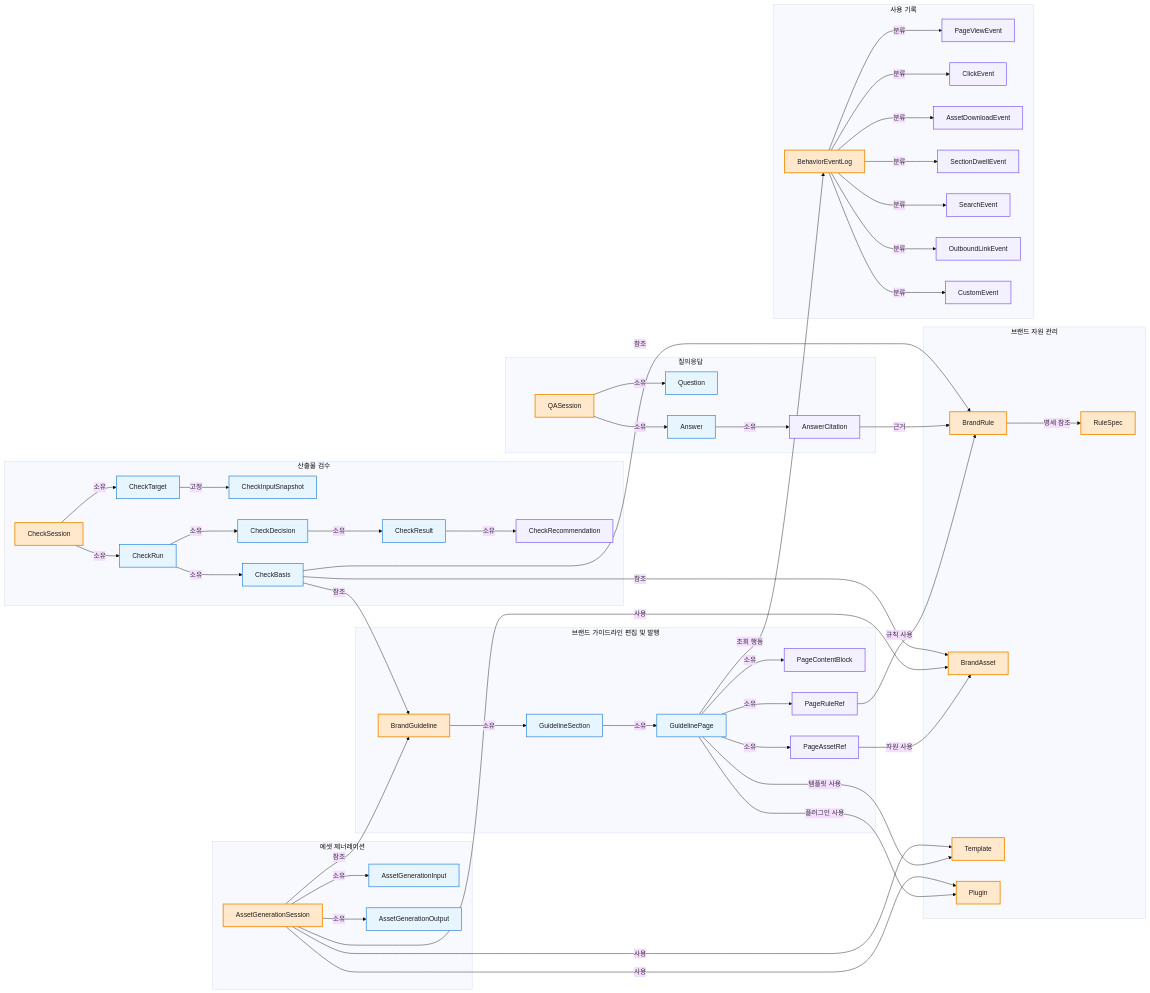
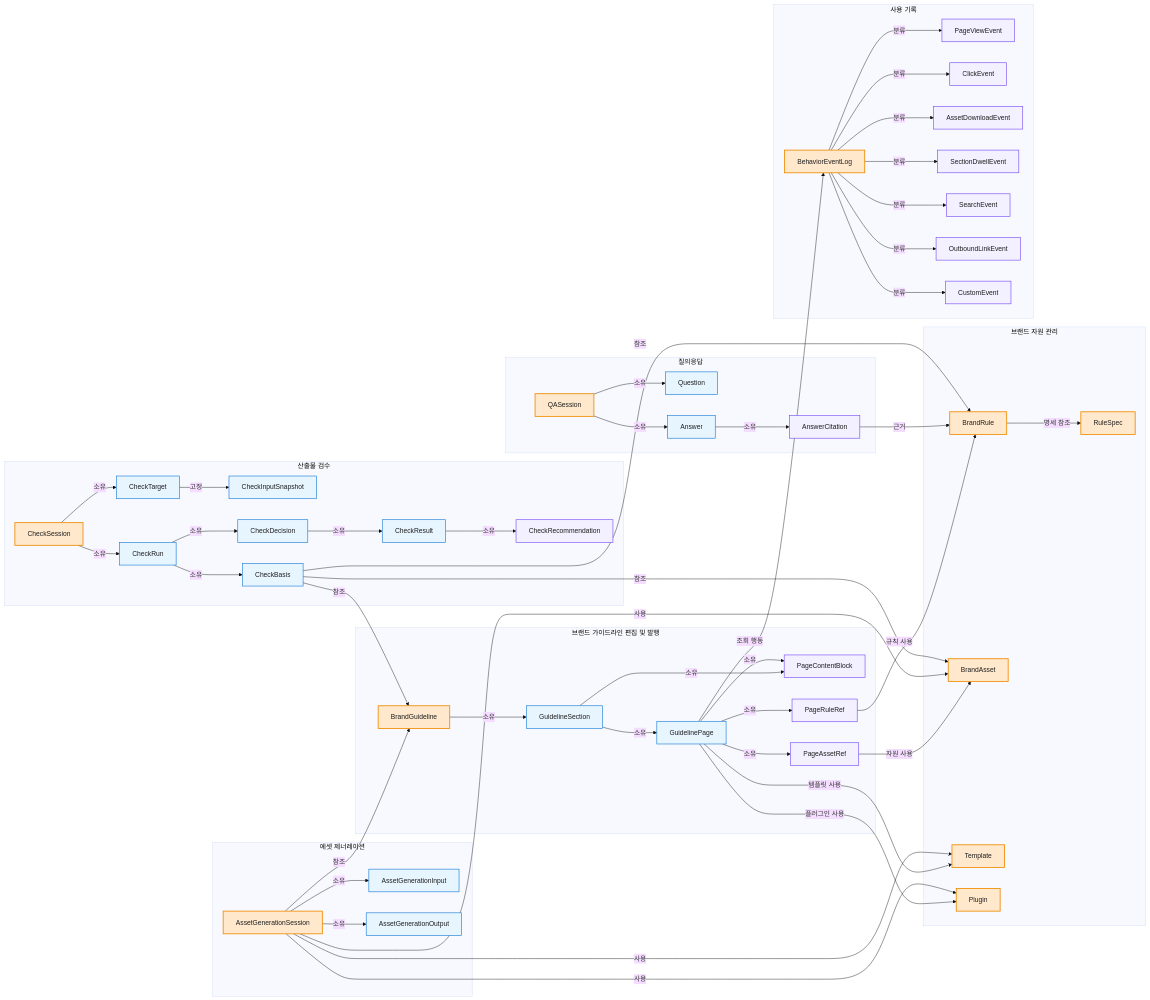
One commit to ewoooo/living-brand-system changed the second of 5 diagrams in docs/04-domain-model.md. Above: the diagram before and after it, drawn with Mermaid (base theme). The commit also changed other lines of this file and 17 other files, not shown here.

```diff
--- a/docs/04-domain-model.md
+++ b/docs/04-domain-model.md
@@ -122,6 +122,7 @@
   end
 
   BrandGuideline -->|"소유"| GuidelineSection
+  GuidelineSection -->|"소유"| PageContentBlock
   GuidelineSection -->|"소유"| GuidelinePage
   GuidelinePage -->|"소유"| PageContentBlock
   GuidelinePage -->|"소유"| PageRuleRef
```
